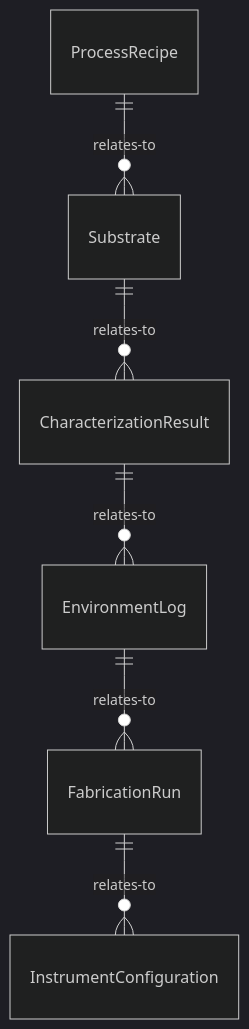
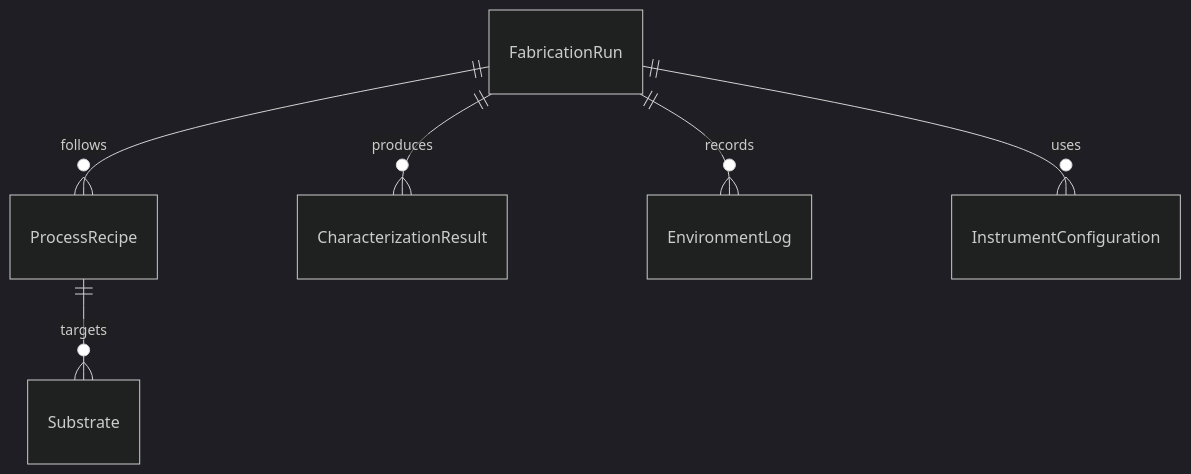
One commit to dot-org-ai/tasks.org.ai changed the first of 4 diagrams in ControllingMachinesAndProcesses/OperateLaboratoryOrFieldEquipment/OperatePrecisionEquipmentControlMicroscopic.mdx. Above: the diagram before and after it, drawn with Mermaid (dark theme). The commit also changed other lines of this file and 515 other files, not shown here.

````diff
--- a/ControllingMachinesAndProcesses/OperateLaboratoryOrFieldEquipment/OperatePrecisionEquipmentControlMicroscopic.mdx
+++ b/ControllingMachinesAndProcesses/OperateLaboratoryOrFieldEquipment/OperatePrecisionEquipmentControlMicroscopic.mdx
@@ -87,8 +87,8 @@
 ```mermaid
 erDiagram
-    ProcessRecipe ||--o{ Substrate : relates-to
-    Substrate ||--o{ CharacterizationResult : relates-to
-    CharacterizationResult ||--o{ EnvironmentLog : relates-to
-    EnvironmentLog ||--o{ FabricationRun : relates-to
-    FabricationRun ||--o{ InstrumentConfiguration : relates-to
+    ProcessRecipe ||--o{ Substrate : targets
+    FabricationRun ||--o{ ProcessRecipe : follows
+    FabricationRun ||--o{ CharacterizationResult : produces
+    FabricationRun ||--o{ EnvironmentLog : records
+    FabricationRun ||--o{ InstrumentConfiguration : uses
 ```
````
